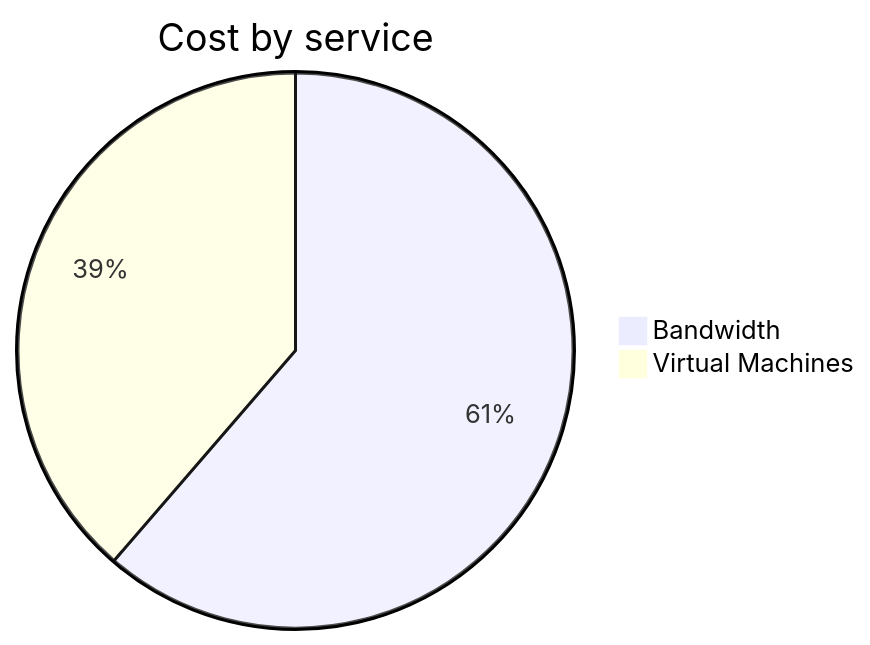
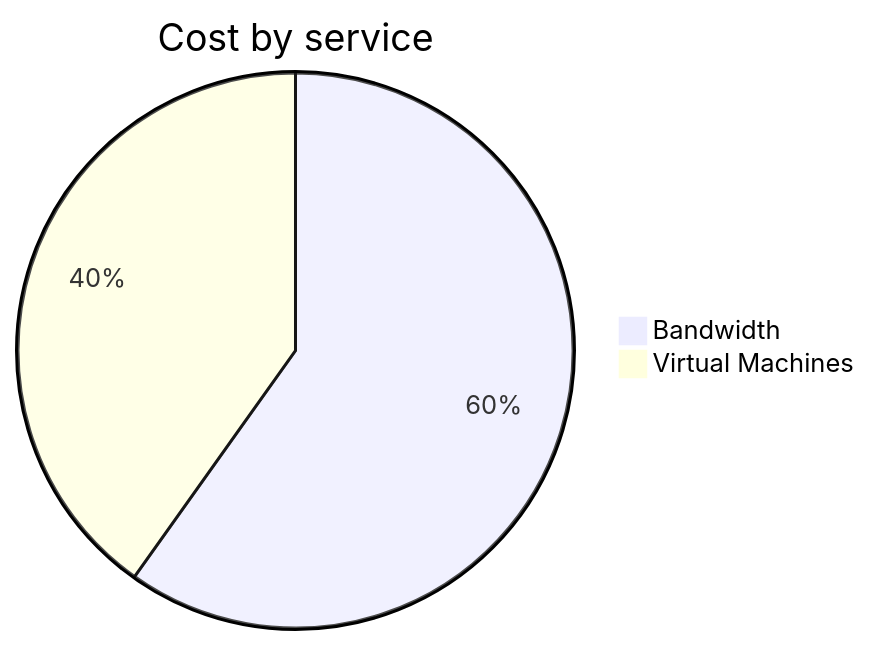
The second of 4 diagrams in cost-reports/personal-network/vpn-server.md (jpfulton/azure-personal-reports), drawn with Mermaid before and after one commit. The commit also changed other lines of this file and 8 other files, not shown here.

````diff
--- a/cost-reports/personal-network/vpn-server.md
+++ b/cost-reports/personal-network/vpn-server.md
@@ -96,6 +96,6 @@
 ```mermaid
 pie
    title Cost by service
    "Bandwidth" : 4.68
-   "Virtual Machines" : 2.95
+   "Virtual Machines" : 3.14
 ```
````
